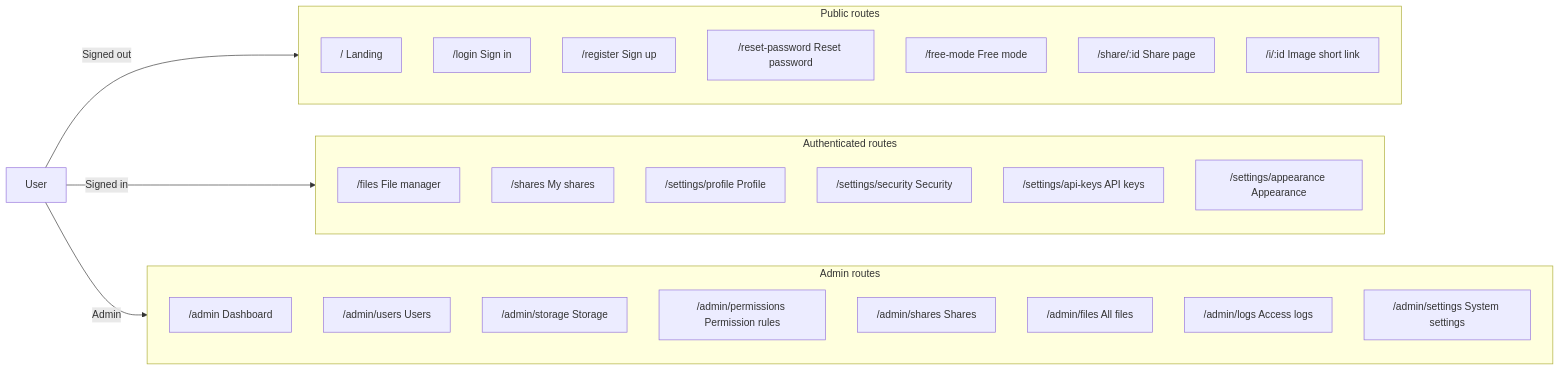
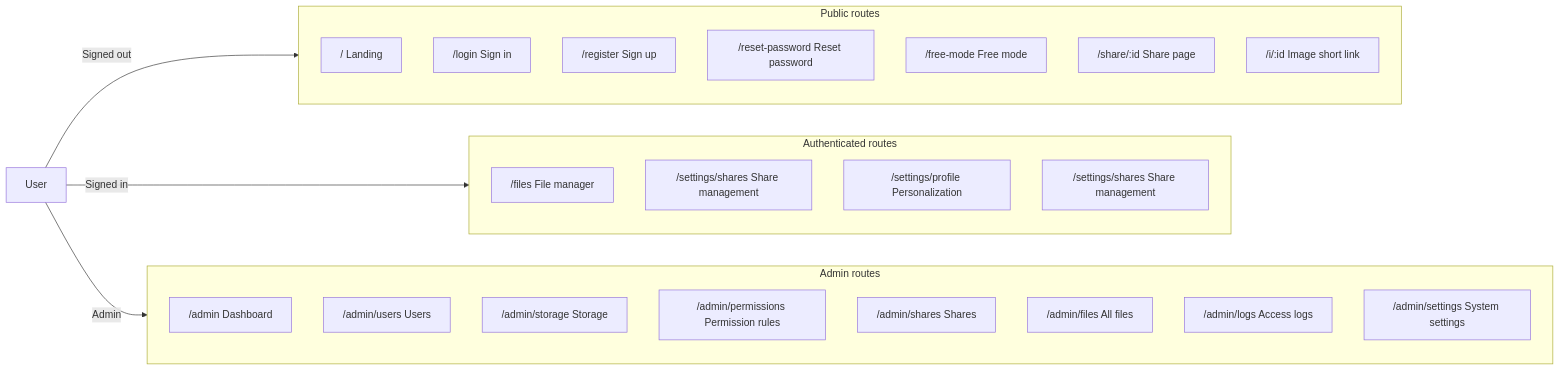
One commit to CelPlume/Picumet changed the diagram in docs/UI.md. Above: the diagram before and after it, drawn with Mermaid. The commit also changed other lines of this file and 10 other files, not shown here.

````diff
--- a/docs/UI.md
+++ b/docs/UI.md
@@ -46,39 +46,37 @@
 ```mermaid
 flowchart LR
     USER["User"] -->|Signed out| PUBLIC
     USER -->|Signed in| AUTH
     USER -->|Admin| ADMIN
 
     subgraph PUBLIC["Public routes"]
         direction TB
         R1["/ Landing"]
         R2["/login Sign in"]
         R3["/register Sign up"]
         R4["/reset-password Reset password"]
         R5["/free-mode Free mode"]
         R6["/share/:id Share page"]
         R7["/i/:id Image short link"]
     end
 
     subgraph AUTH["Authenticated routes"]
         direction TB
         R8["/files File manager"]
-        R9["/shares My shares"]
-        R10["/settings/profile Profile"]
-        R11["/settings/security Security"]
-        R12["/settings/api-keys API keys"]
-        R13["/settings/appearance Appearance"]
+        R9["/settings/shares Share management"]
+        R10["/settings/profile Personalization"]
+        R10b["/settings/shares Share management"]
     end
 
     subgraph ADMIN["Admin routes"]
         direction TB
         R14["/admin Dashboard"]
         R15["/admin/users Users"]
         R16["/admin/storage Storage"]
         R17["/admin/permissions Permission rules"]
         R18["/admin/shares Shares"]
         R19["/admin/files All files"]
         R20["/admin/logs Access logs"]
         R21["/admin/settings System settings"]
     end
 ```
````
